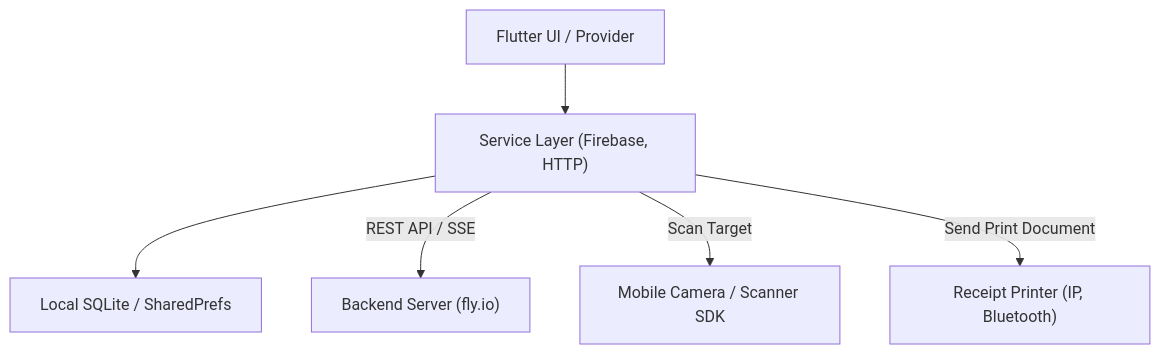
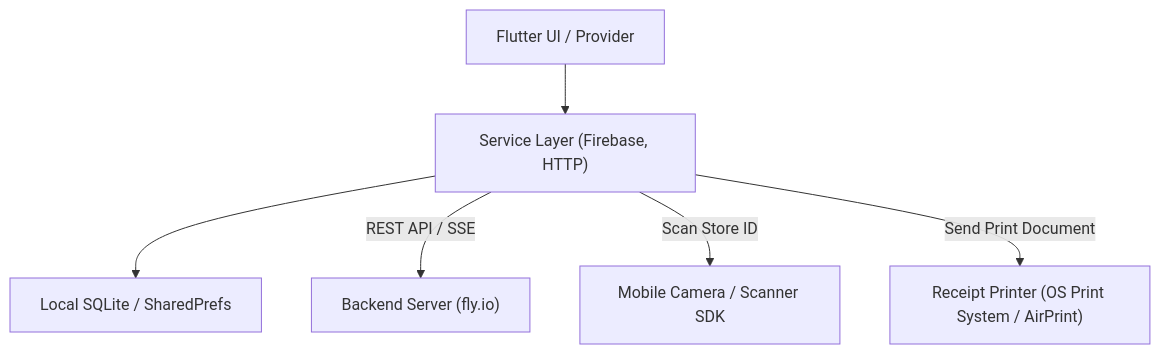
The diagram in README.ko.md (Espi8624/yoyaku_mate_provider), drawn with Mermaid before and after one commit. The commit also changed other lines of this file and 1 other file, not shown here.

````diff
--- a/README.ko.md
+++ b/README.ko.md
@@ -74,8 +74,8 @@
 ```mermaid
 graph TD
     App["Flutter UI / Provider"] --> Services["Service Layer (Firebase, HTTP)"]
     Services --> Cache["Local SQLite / SharedPrefs"]
     Services -->|"REST API / SSE"| Server["Backend Server (fly.io)"]
-    Services -->|"Scan Target"| Scanner["Mobile Camera / Scanner SDK"]
-    Services -->|"Send Print Document"| Printer["Receipt Printer (IP, Bluetooth)"]
+    Services -->|"Scan Store ID"| Scanner["Mobile Camera / Scanner SDK"]
+    Services -->|"Send Print Document"| Printer["Receipt Printer (OS Print System / AirPrint)"]
 ```
````
